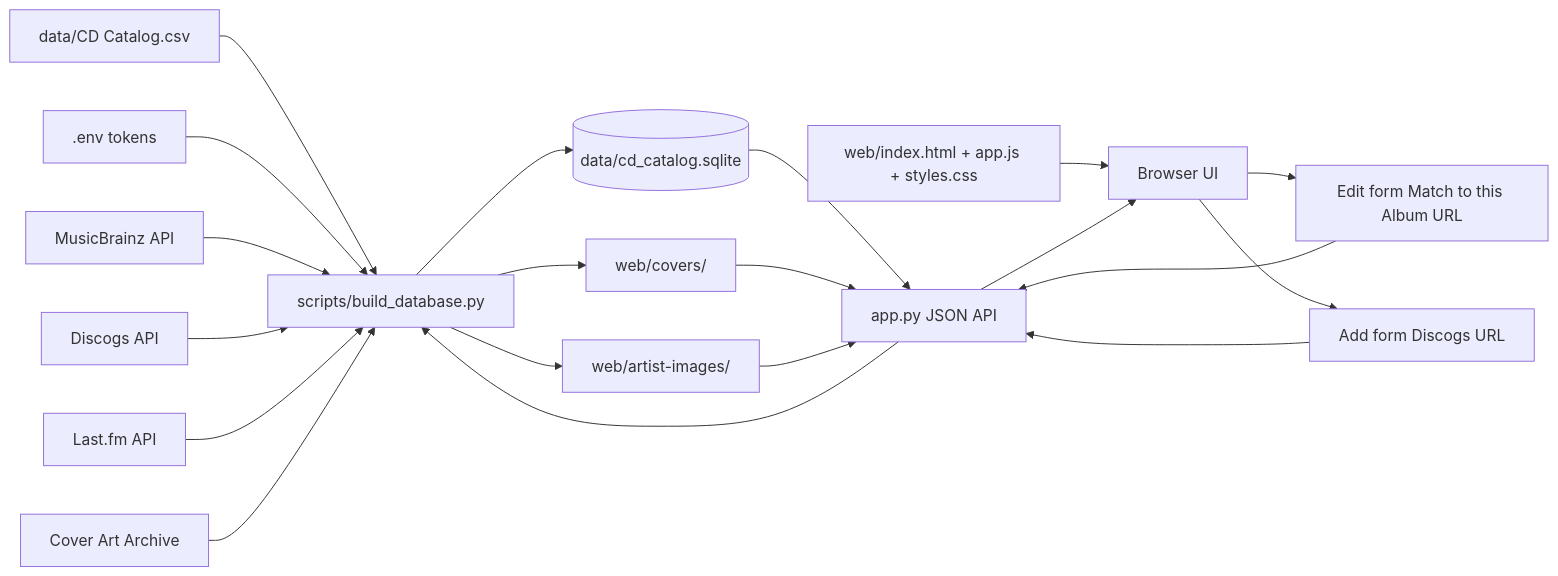
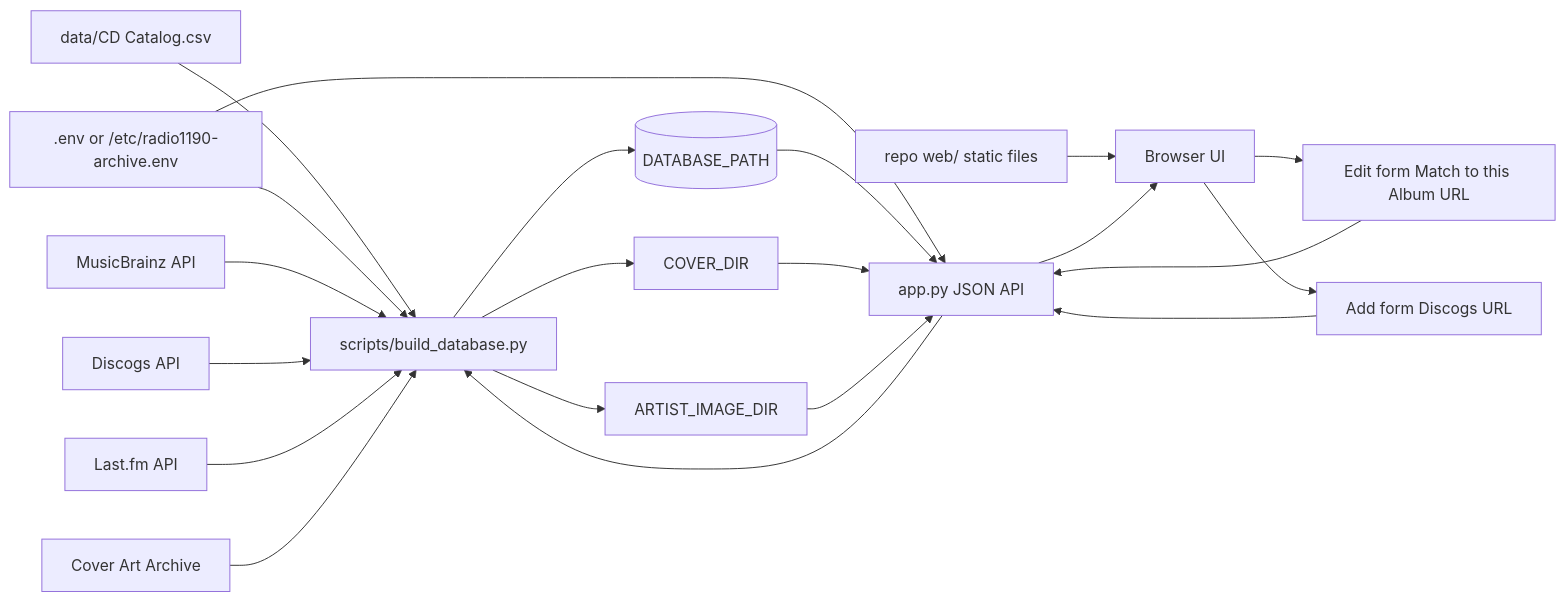
The second of 2 diagrams in README.md (wirtes/cd-archive), drawn with Mermaid before and after one commit. The commit also changed other lines of this file and 4 other files, not shown here.

````diff
--- a/README.md
+++ b/README.md
@@ -415,26 +508,27 @@
 ```mermaid
 flowchart LR
     CSV["data/CD Catalog.csv"] --> Builder["scripts/build_database.py"]
-    Env[".env tokens"] --> Builder
+    Env[".env or /etc/radio1190-archive.env"] --> Builder
+    Env --> App["app.py JSON API"]
 
-    Builder --> DB[("data/cd_catalog.sqlite")]
-    Builder --> Covers["web/covers/"]
-    Builder --> ArtistImages["web/artist-images/"]
+    Builder --> DB[("DATABASE_PATH")]
+    Builder --> Covers["COVER_DIR"]
+    Builder --> ArtistImages["ARTIST_IMAGE_DIR"]
 
     MusicBrainz["MusicBrainz API"] --> Builder
     Discogs["Discogs API"] --> Builder
     LastFM["Last.fm API"] --> Builder
     CoverArchive["Cover Art Archive"] --> Builder
 
-    DB --> App["app.py JSON API"]
+    DB --> App
     Covers --> App
     ArtistImages --> App
-    Web["web/index.html + app.js + styles.css"] --> Browser["Browser UI"]
+    Web["repo web/ static files"] --> Browser["Browser UI"]
     App --> Browser
 
     Browser --> ManualURL["Edit form Match to this Album URL"]
     Browser --> AddDiscogs["Add form Discogs URL"]
     ManualURL --> App
     AddDiscogs --> App
     App --> Builder
 ```
````
